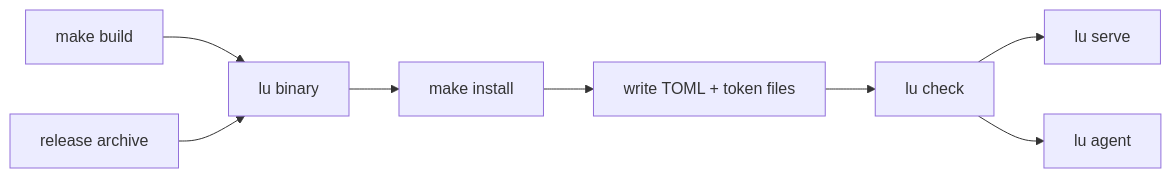
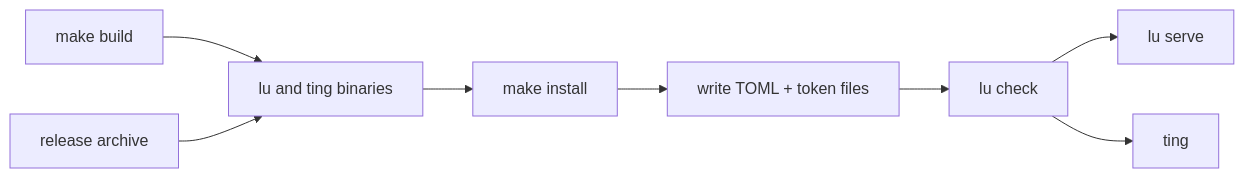
One commit to ddproxy/lu changed the diagram in docs/install.md. Above: the diagram before and after it, drawn with Mermaid. The commit also changed other lines of this file and 145 other files, not shown here.

First line of the commit message:
Add scoped job spawning, the Ting node agent, workspace lifecycle, batch submit, draft intake and publishing with gates

````diff
--- a/docs/install.md
+++ b/docs/install.md
@@ -5,10 +10,10 @@
 ```mermaid
 flowchart LR
-    Source[ make build ] --> Binary[ lu binary ]
+    Source[ make build ] --> Binary[ lu and ting binaries ]
     Release[ release archive ] --> Binary
     Binary --> Install[ make install ]
     Install --> Config[ write TOML + token files ]
     Config --> Check[ lu check ]
     Check --> Serve[ lu serve ]
-    Check --> Agent[ lu agent ]
+    Check --> Agent[ ting ]
 ```
````
